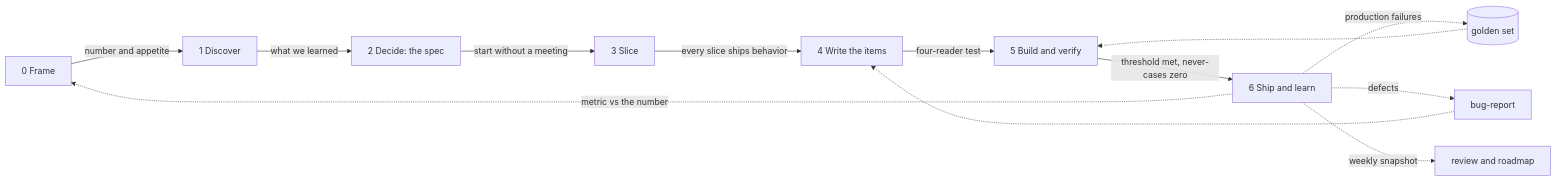
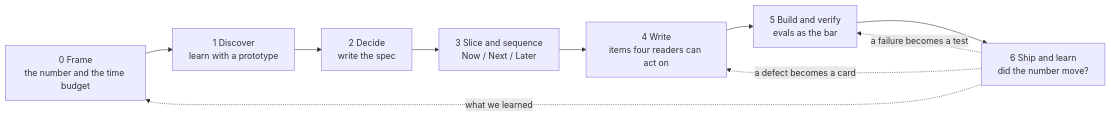
One commit to Benyoumen/backlog-writing-system changed the diagram in docs/workflow.md. Above: the diagram before and after it, drawn with Mermaid. The commit also changed other lines of this file and 32 other files, not shown here.

First line of the commit message:
Prioritization: Now / Next / Later, ROI impact and the enabling chain; capacity simulation; spec preview; plain-word diagrams

````diff
--- a/docs/workflow.md
+++ b/docs/workflow.md
@@ -5,14 +5,12 @@
 ```mermaid
 flowchart LR
-    F["0 Frame"] -->|"number and appetite"| D["1 Discover"]
-    D -->|"what we learned"| S["2 Decide: the spec"]
-    S -->|"start without a meeting"| L["3 Slice"]
-    L -->|"every slice ships behavior"| W["4 Write the items"]
-    W -->|"four-reader test"| B["5 Build and verify"]
-    B -->|"threshold met, never-cases zero"| H["6 Ship and learn"]
-    H -. "metric vs the number" .-> F
-    H -. "production failures" .-> E[("golden set")]
-    E -.-> B
-    H -. "defects" .-> G["bug-report"] -.-> W
-    H -. "weekly snapshot" .-> R["review and roadmap"]
+    F["0 Frame<br/>the number and the time budget"] --> D["1 Discover<br/>learn with a prototype"]
+    D --> S["2 Decide<br/>write the spec"]
+    S --> L["3 Slice and sequence<br/>Now / Next / Later"]
+    L --> W["4 Write<br/>items four readers can act on"]
+    W --> B["5 Build and verify<br/>evals as the bar"]
+    B --> H["6 Ship and learn<br/>did the number move?"]
+    H -. "what we learned" .-> F
+    H -. "a failure becomes a test" .-> B
+    H -. "a defect becomes a card" .-> W
 ```
````
